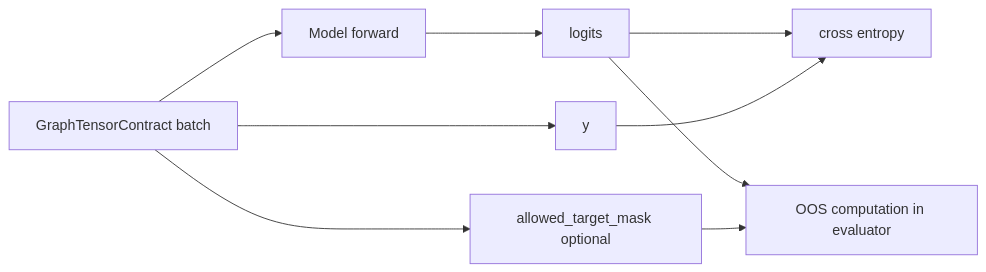
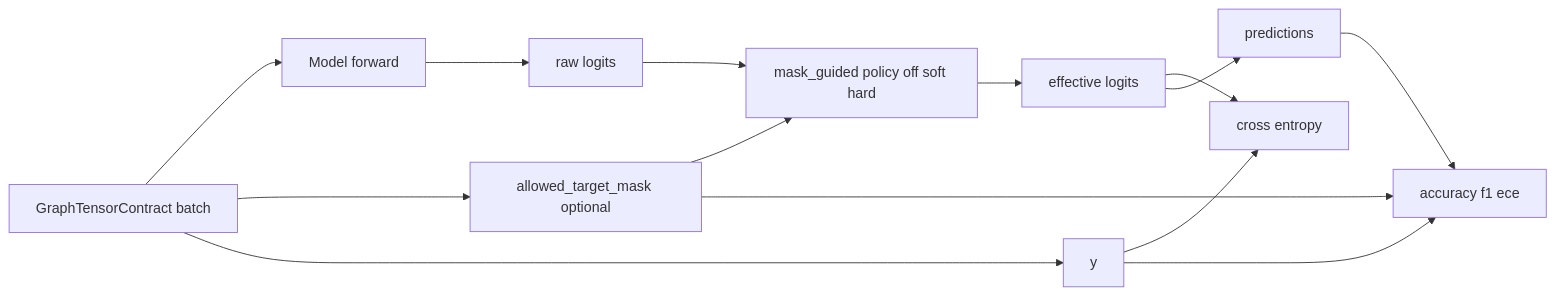
The ninth of 9 diagrams in docs/GNN_RUNTIME_MVP2_5.MD (ghsrg/bpm_prediction), drawn with Mermaid before and after one commit. The commit also changed other lines of this file and 8 other files, not shown here.

````diff
--- a/docs/GNN_RUNTIME_MVP2_5.MD
+++ b/docs/GNN_RUNTIME_MVP2_5.MD
@@ -222,11 +257,16 @@
 ```mermaid
 flowchart LR
     CONTRACT[GraphTensorContract batch] --> MODEL[Model forward]
-    MODEL --> LOGITS[logits]
+    MODEL --> LOGITS_RAW[raw logits]
+    CONTRACT --> MASK[allowed_target_mask optional]
+    MASK --> POLICY[mask_guided policy off soft hard]
+    LOGITS_RAW --> POLICY
+    POLICY --> LOGITS_EFF[effective logits]
     CONTRACT --> Y[y]
-    LOGITS --> LOSS[cross entropy]
+    LOGITS_EFF --> LOSS[cross entropy]
     Y --> LOSS
-    CONTRACT --> MASK[allowed_target_mask optional]
-    LOGITS --> OOS[OOS computation in evaluator]
-    MASK --> OOS
+    LOGITS_EFF --> PRED[predictions]
+    PRED --> METRICS[accuracy f1 ece]
+    MASK --> METRICS
+    Y --> METRICS
 ```
````
